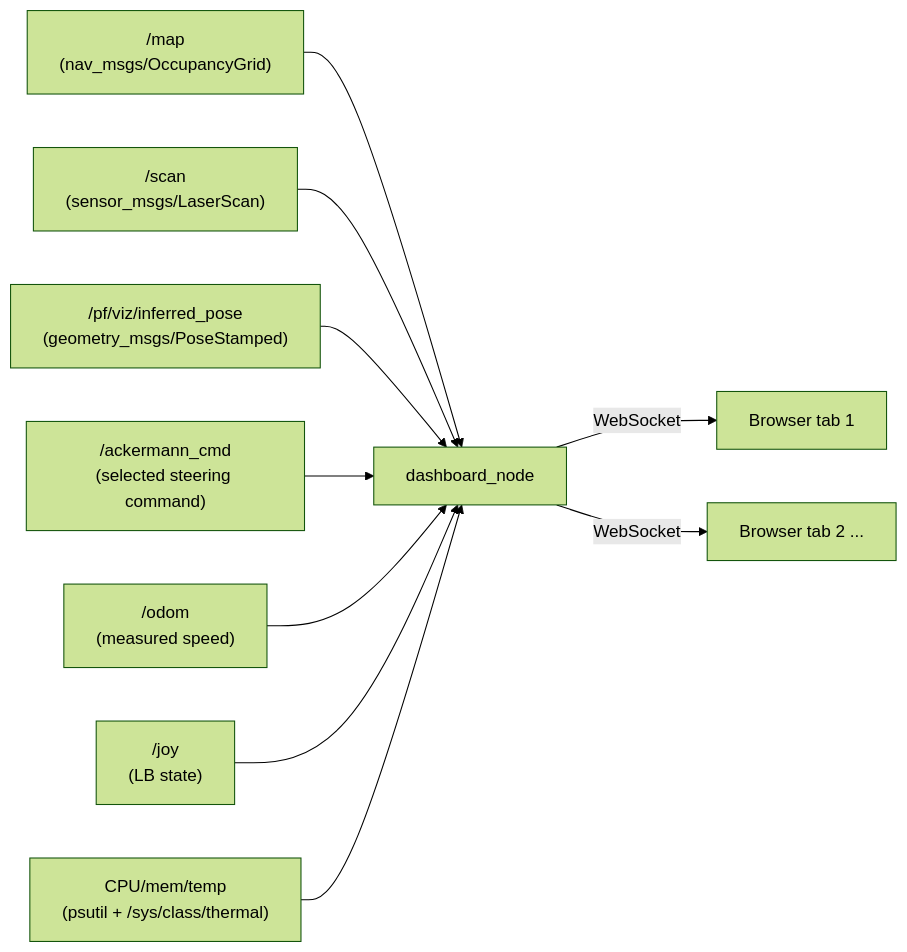
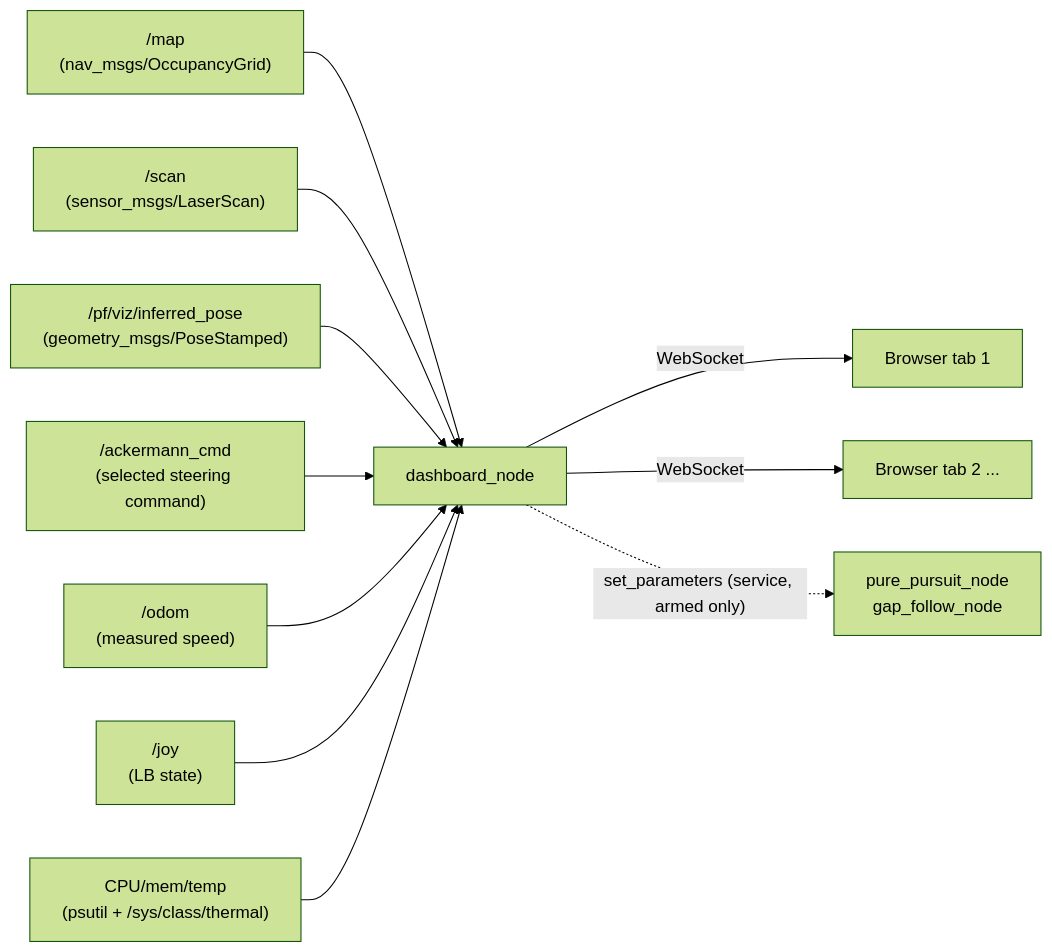
One commit to sfu-racerbot/Racerbot-Car-2-Workspace changed the diagram in docs/web-dashboard.md. Above: the diagram before and after it, drawn with Mermaid (forest theme). The commit also changed other lines of this file and 19 other files, not shown here.

````diff
--- a/docs/web-dashboard.md
+++ b/docs/web-dashboard.md
@@ -72,12 +81,13 @@
 ```mermaid
 flowchart LR
     M["/map\n(nav_msgs/OccupancyGrid)"] --> N[dashboard_node]
     S["/scan\n(sensor_msgs/LaserScan)"] --> N
     P["/pf/viz/inferred_pose\n(geometry_msgs/PoseStamped)"] --> N
     D["/ackermann_cmd\n(selected steering command)"] --> N
     O["/odom\n(measured speed)"] --> N
     J["/joy\n(LB state)"] --> N
     T["CPU/mem/temp\n(psutil + /sys/class/thermal)"] --> N
     N -- WebSocket --> B1[Browser tab 1]
     N -- WebSocket --> B2[Browser tab 2 ...]
+    N -. "set_parameters (service, armed only)" .-> D1["pure_pursuit_node\ngap_follow_node"]
 ```
````
